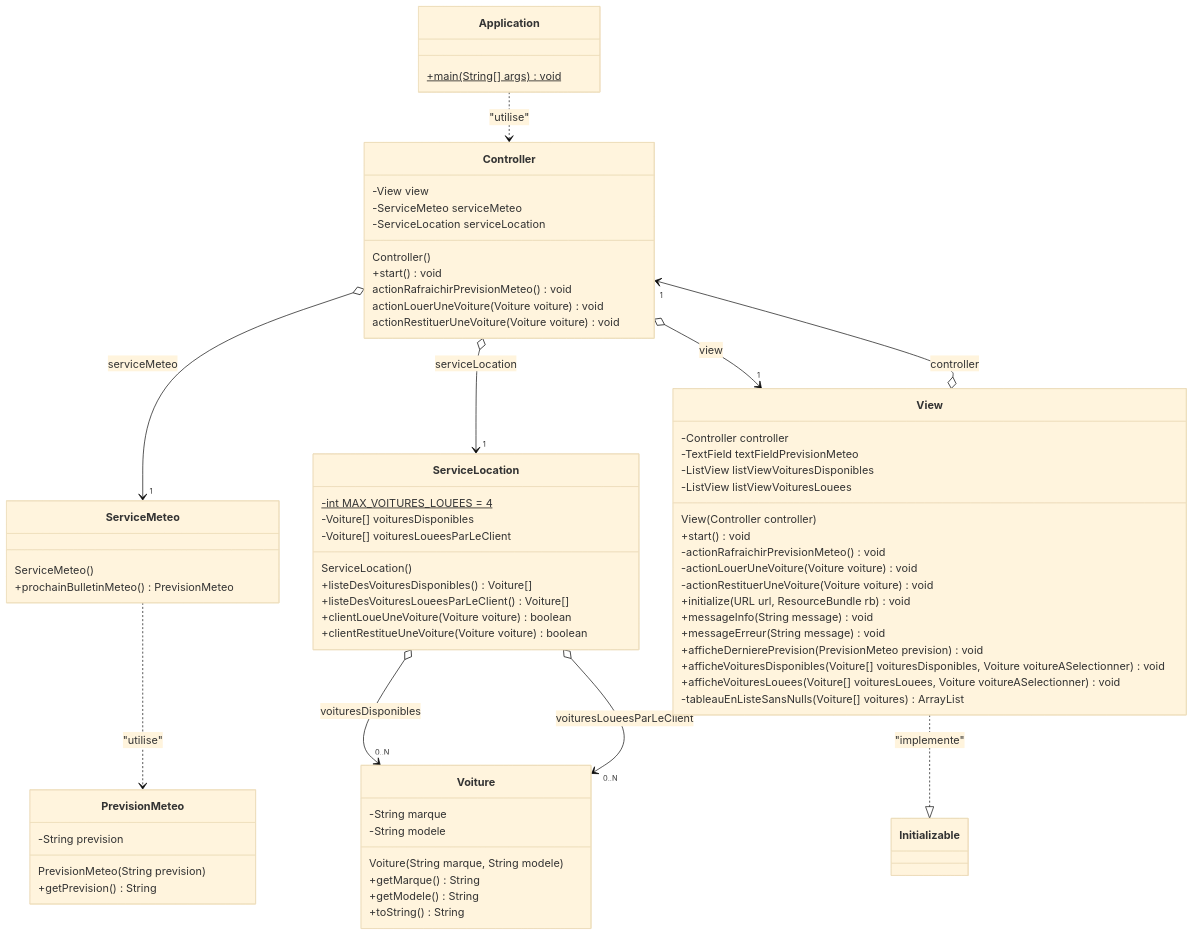
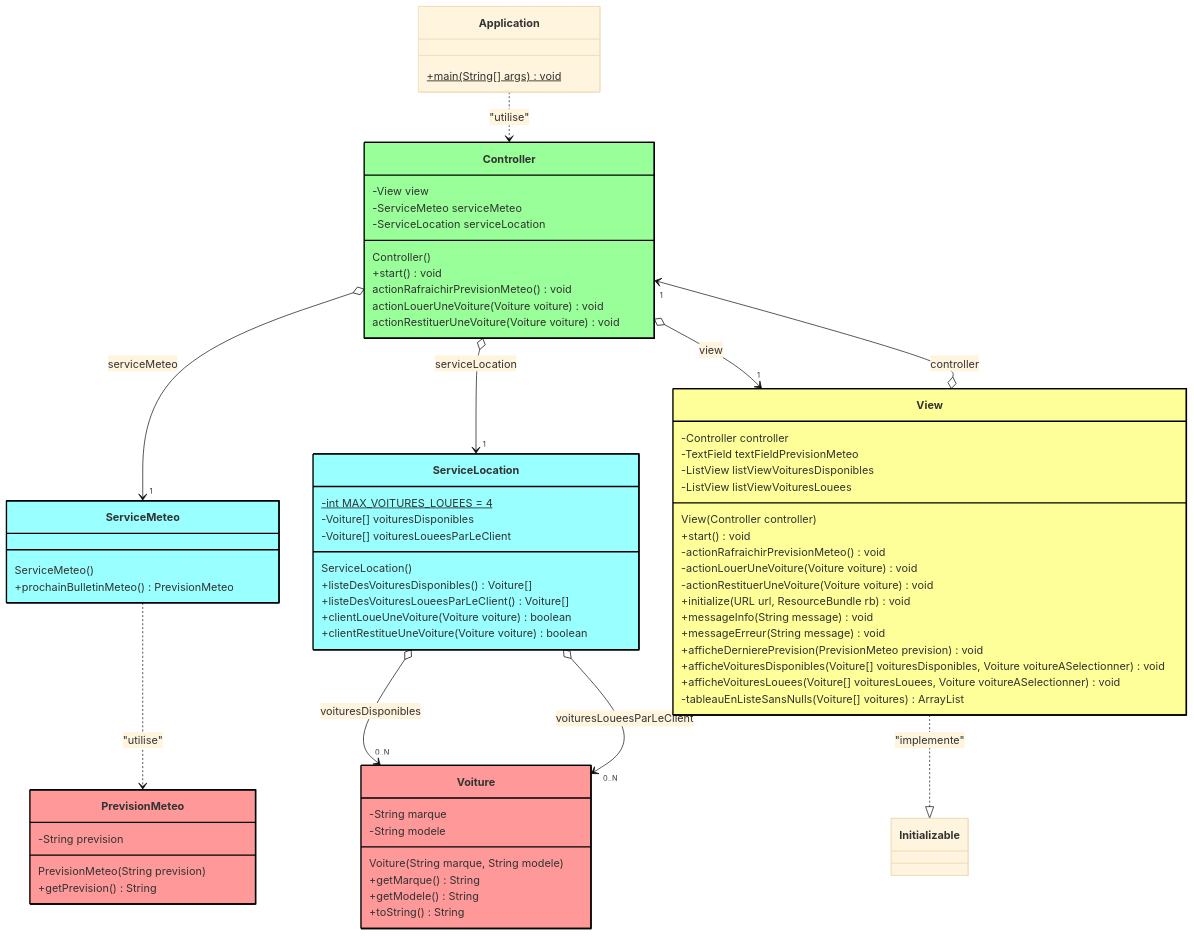
The second of 2 diagrams in README.md (emf-info/MVC_FXML_D400_JDK17LTS), drawn with Mermaid (base theme) before and after one commit. The commit also changed other lines of this file, not shown here.

Commit message:
Add styles to class diagram in README

````diff
--- a/README.md
+++ b/README.md
@@ -142,5 +148,11 @@
     ServiceMeteo ..> PrevisionMeteo : "utilise"
     Application ..> Controller : "utilise"
 
+    style View fill:#ff9,stroke:#000,stroke-width:2px
+    style Controller fill:#9f9,stroke:#000,stroke-width:2px
+    style ServiceMeteo fill:#9ff,stroke:#000,stroke-width:2px
+    style ServiceLocation fill:#9ff,stroke:#000,stroke-width:2px
+    style Voiture fill:#f99,stroke:#000,stroke-width:2px
+    style PrevisionMeteo fill:#f99,stroke:#000,stroke-width:2px
 
 ```
````
